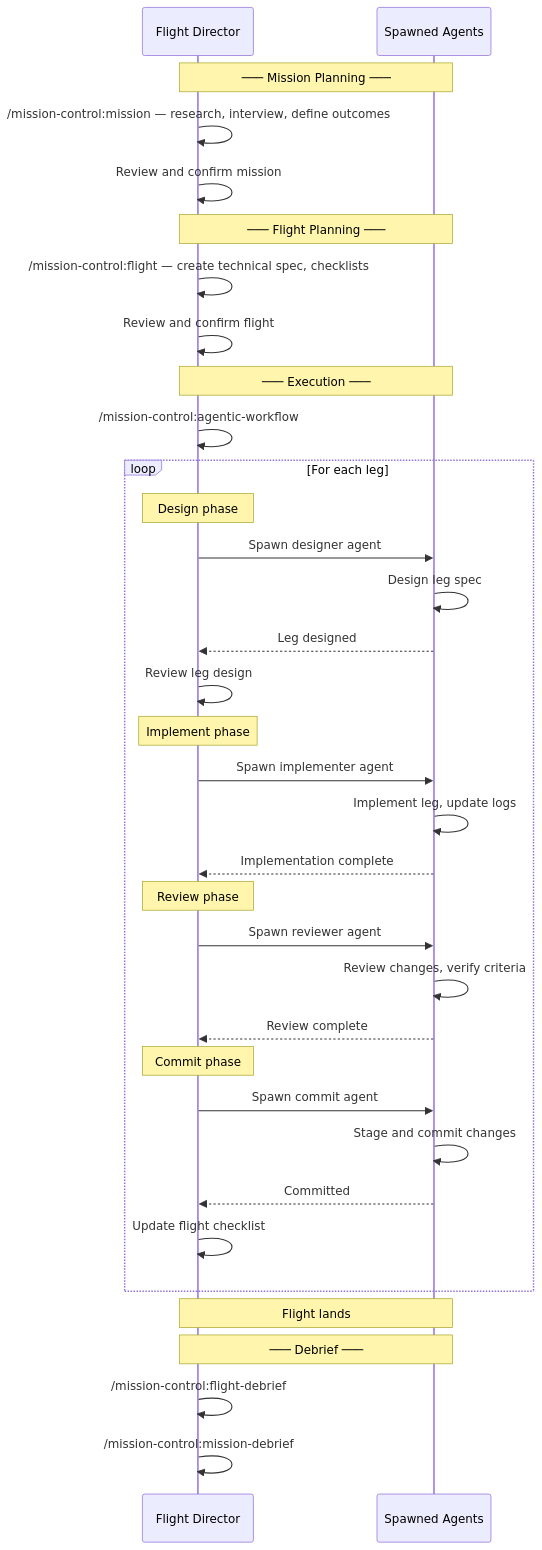
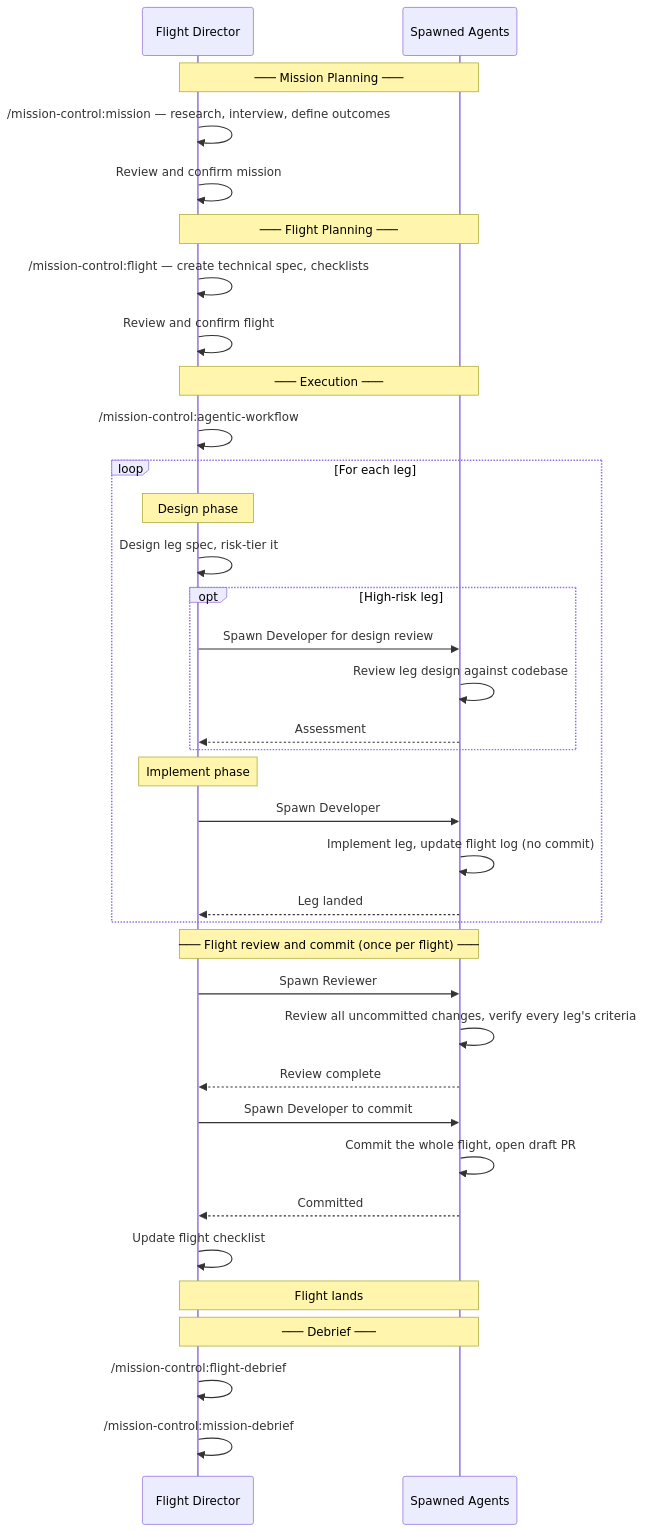
Before and after one commit to msieurthenardier/mission-control: the diagram in README.md, drawn with Mermaid. The commit also changed 4 other files, not shown here.

First line of the commit message:
Align docs and synced files with the one-commit-per-flight cadence

````diff
--- a/README.md
+++ b/README.md
@@ -178,48 +178,47 @@
 ```mermaid
 sequenceDiagram
     participant MC as Flight Director
     participant A as Spawned Agents
 
     Note over MC,A: ─── Mission Planning ───
     MC->>MC: /mission-control:mission — research, interview, define outcomes
     MC->>MC: Review and confirm mission
 
     Note over MC,A: ─── Flight Planning ───
     MC->>MC: /mission-control:flight — create technical spec, checklists
     MC->>MC: Review and confirm flight
 
     Note over MC,A: ─── Execution ───
     MC->>MC: /mission-control:agentic-workflow
 
     loop For each leg
         Note over MC: Design phase
-        MC->>A: Spawn designer agent
-        A->>A: Design leg spec
-        A-->>MC: Leg designed
-
-        MC->>MC: Review leg design
+        MC->>MC: Design leg spec, risk-tier it
+        opt High-risk leg
+            MC->>A: Spawn Developer for design review
+            A->>A: Review leg design against codebase
+            A-->>MC: Assessment
+        end
 
         Note over MC: Implement phase
-        MC->>A: Spawn implementer agent
-        A->>A: Implement leg, update logs
-        A-->>MC: Implementation complete
+        MC->>A: Spawn Developer
+        A->>A: Implement leg, update flight log (no commit)
+        A-->>MC: Leg landed
+    end
 
-        Note over MC: Review phase
-        MC->>A: Spawn reviewer agent
-        A->>A: Review changes, verify criteria
-        A-->>MC: Review complete
+    Note over MC,A: ─── Flight review and commit (once per flight) ───
+    MC->>A: Spawn Reviewer
+    A->>A: Review all uncommitted changes, verify every leg's criteria
+    A-->>MC: Review complete
+    MC->>A: Spawn Developer to commit
+    A->>A: Commit the whole flight, open draft PR
+    A-->>MC: Committed
 
-        Note over MC: Commit phase
-        MC->>A: Spawn commit agent
-        A->>A: Stage and commit changes
-        A-->>MC: Committed
-
-        MC->>MC: Update flight checklist
-    end
+    MC->>MC: Update flight checklist
 
     Note over MC,A: Flight lands
 
     Note over MC,A: ─── Debrief ───
     MC->>MC: /mission-control:flight-debrief
     MC->>MC: /mission-control:mission-debrief
 ```
````
